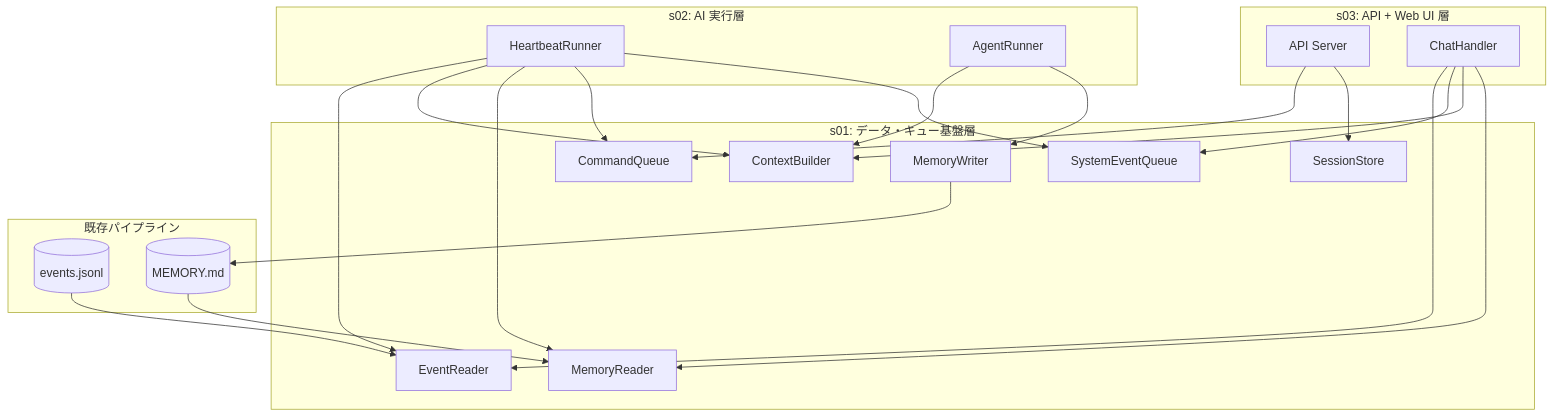
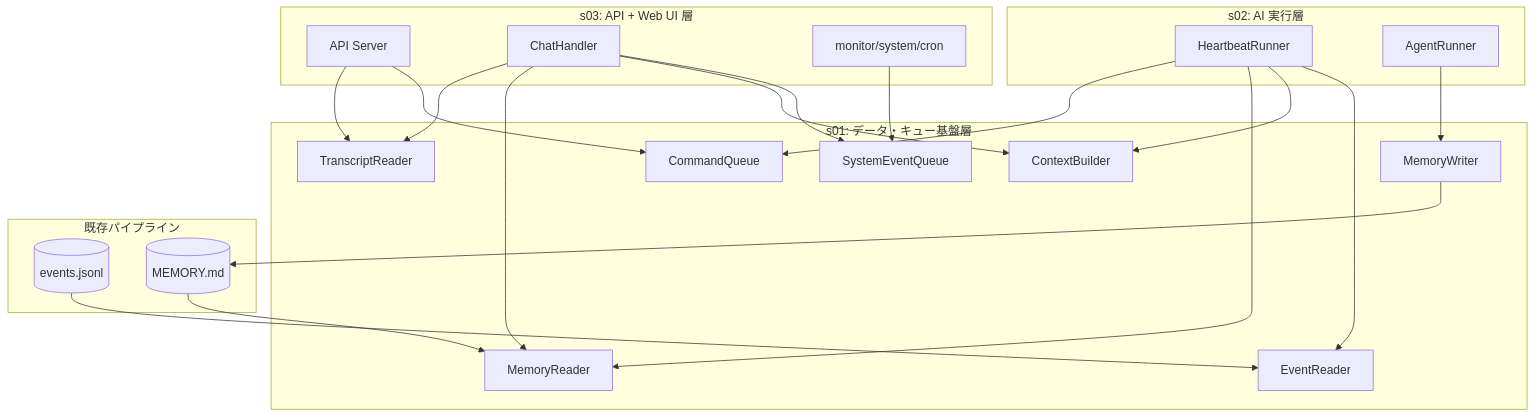
Before and after one commit to masahide/adjutant: the second of 2 diagrams in doc/plan/260215-s01-data-queue-infra.md, drawn with Mermaid. The commit also changed other lines of this file and 3 other files, not shown here.

````diff
--- a/doc/plan/260215-s01-data-queue-infra.md
+++ b/doc/plan/260215-s01-data-queue-infra.md
@@ -525,48 +526,48 @@
 ```mermaid
 graph TB
     subgraph "s01: データ・キュー基盤層"
         ER[EventReader]
         SEQ[SystemEventQueue]
         CQ[CommandQueue]
         CB[ContextBuilder]
         MR[MemoryReader]
         MW[MemoryWriter]
-        SS[SessionStore]
+        TR[TranscriptReader]
     end
 
     subgraph "s02: AI 実行層"
         HR[HeartbeatRunner]
         AR[AgentRunner]
     end
 
     subgraph "s03: API + Web UI 層"
         API[API Server]
         CH[ChatHandler]
+        MON[monitor/system/cron]
     end
 
     subgraph "既存パイプライン"
         JSONL[(events.jsonl)]
         MEM[(MEMORY.md)]
     end
 
     JSONL --> ER
     MEM --> MR
     MW --> MEM
 
     HR --> ER
     HR --> CB
     HR --> MR
     HR --> CQ
-    HR --> SEQ
+    MON --> SEQ
 
-    AR --> CB
     AR --> MW
 
-    CH --> ER
     CH --> SEQ
     CH --> CB
     CH --> MR
+    CH --> TR
 
     API --> CQ
-    API --> SS
+    API --> TR
 ```
````
